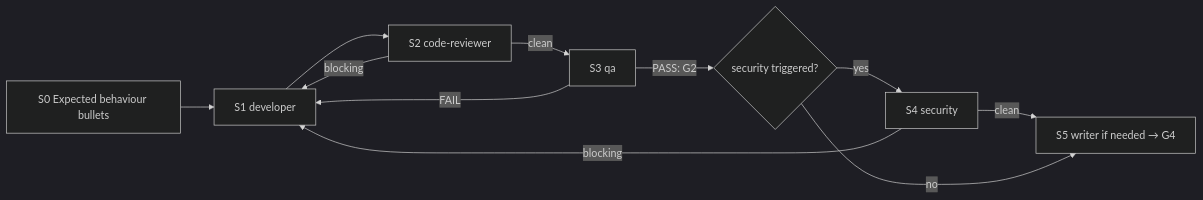
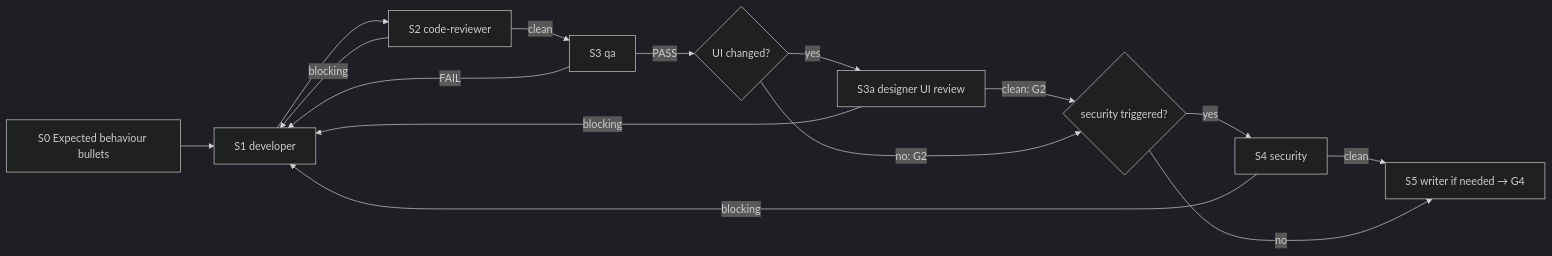
The fourth of 4 diagrams in commands/feature.md (Tuan-Quyen/technical-teams), drawn with Mermaid (dark theme) before and after one commit. The commit also changed other lines of this file and 22 other files, not shown here.

````diff
--- a/commands/feature.md
+++ b/commands/feature.md
@@ -122,13 +131,17 @@
 ```mermaid
 flowchart LR
   S0[S0 Expected behaviour bullets] --> D[S1 developer]
   D --> CR[S2 code-reviewer]
   CR -- blocking --> D
   CR -- clean --> Q[S3 qa]
   Q -- FAIL --> D
-  Q -- PASS: G2 --> T{security triggered?}
+  Q -- PASS --> R{UI changed?}
+  R -- yes --> DR[S3a designer UI review]
+  DR -- blocking --> D
+  DR -- clean: G2 --> T
+  R -- no: G2 --> T{security triggered?}
   T -- yes --> SEC[S4 security]
   SEC -- blocking --> D
   SEC -- clean --> W
   T -- no --> W[S5 writer if needed → G4]
 ```
````
